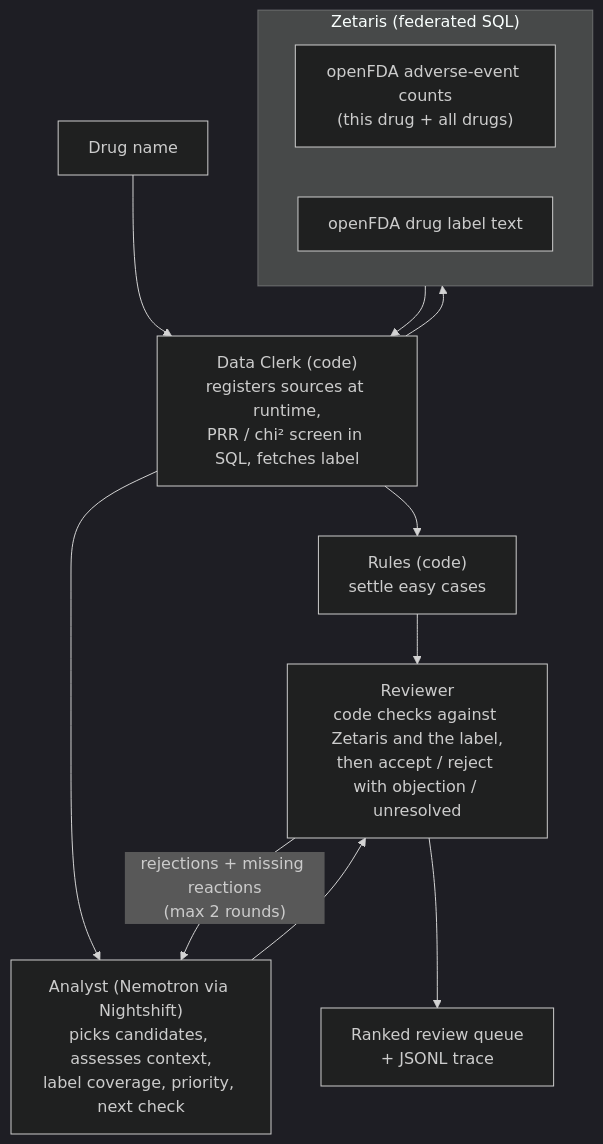
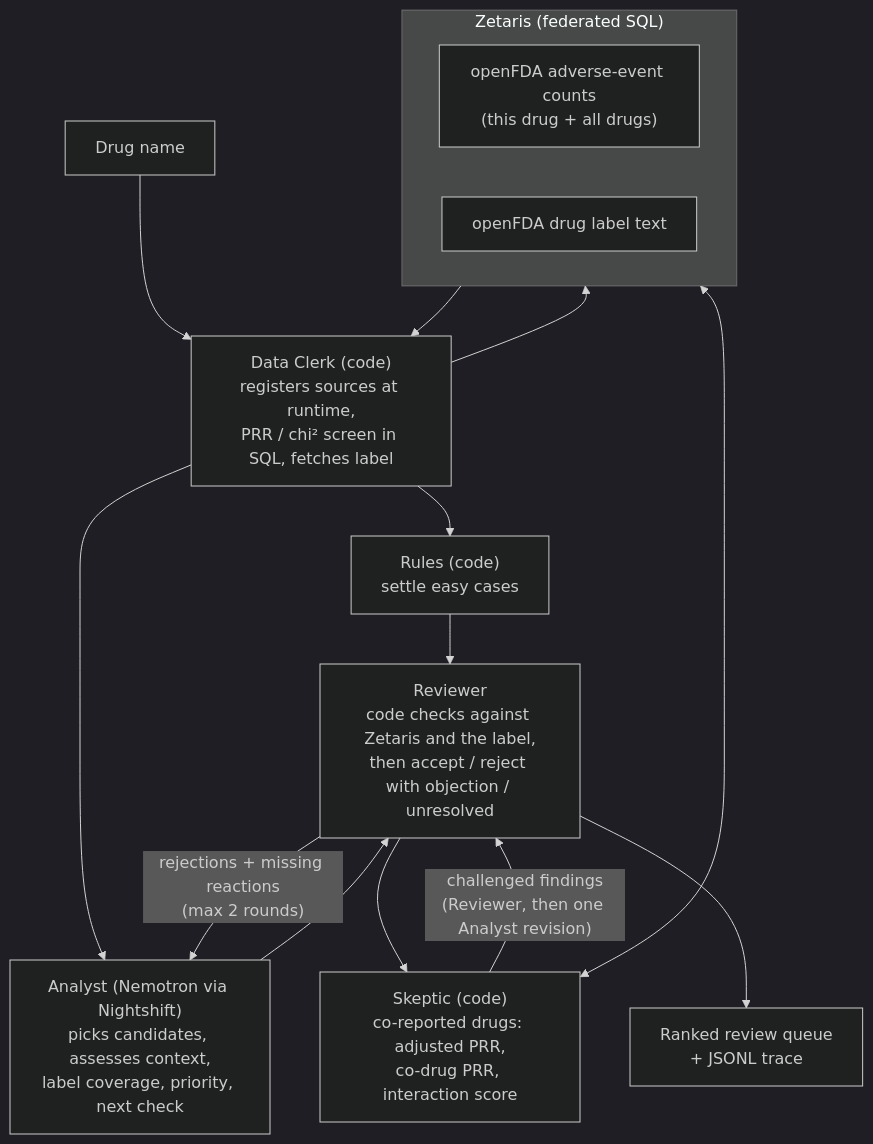
The diagram in README.md (realRickyNguyen/Vigil-Agent), drawn with Mermaid (dark theme) before and after one commit. The commit also changed other lines of this file and 10 other files, not shown here.

First line of the commit message:
Skeptic experiment: co-reported drug check

````diff
--- a/README.md
+++ b/README.md
@@ -82,16 +82,19 @@
 ```mermaid
 flowchart TD
     IN["Drug name"] --> CLERK
     subgraph Z["Zetaris (federated SQL)"]
       FAERS["openFDA adverse-event counts<br/>(this drug + all drugs)"]
       LABEL["openFDA drug label text"]
     end
     CLERK["Data Clerk (code)<br/>registers sources at runtime,<br/>PRR / chi² screen in SQL, fetches label"] --> Z
     Z --> CLERK
     CLERK --> RULES["Rules (code)<br/>settle easy cases"]
     CLERK --> HUNTER["Analyst (Nemotron via Nightshift)<br/>picks candidates, assesses context,<br/>label coverage, priority, next check"]
     RULES --> JUDGE
     HUNTER --> JUDGE["Reviewer<br/>code checks against Zetaris and the label,<br/>then accept / reject with objection / unresolved"]
     JUDGE -- "rejections + missing reactions<br/>(max 2 rounds)" --> HUNTER
+    JUDGE --> SKEPTIC["Skeptic (code)<br/>co-reported drugs: adjusted PRR,<br/>co-drug PRR, interaction score"]
+    SKEPTIC <--> Z
+    SKEPTIC -- "challenged findings<br/>(Reviewer, then one Analyst revision)" --> JUDGE
     JUDGE --> OUT["Ranked review queue<br/>+ JSONL trace"]
 ```
````
